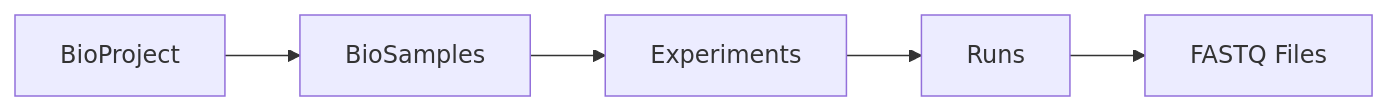
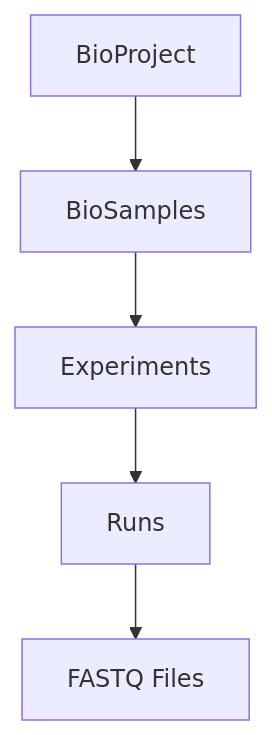
The second of 3 diagrams in 03-accession-systems.qmd (tmbuza/data-acquisition-system), drawn with Mermaid before and after one commit. The commit also changed other lines of this file and 3 other files, not shown here.

````diff
--- a/03-accession-systems.qmd
+++ b/03-accession-systems.qmd
@@ -122,12 +122,12 @@
 ```{mermaid}
-flowchart LR
+flowchart TB
 
 PRJNA[BioProject]
 --> SAMN[BioSamples]
 
 SAMN --> SRX[Experiments]
 
 SRX --> SRR[Runs]
 
 SRR --> FASTQ[FASTQ Files]
 ```
````
